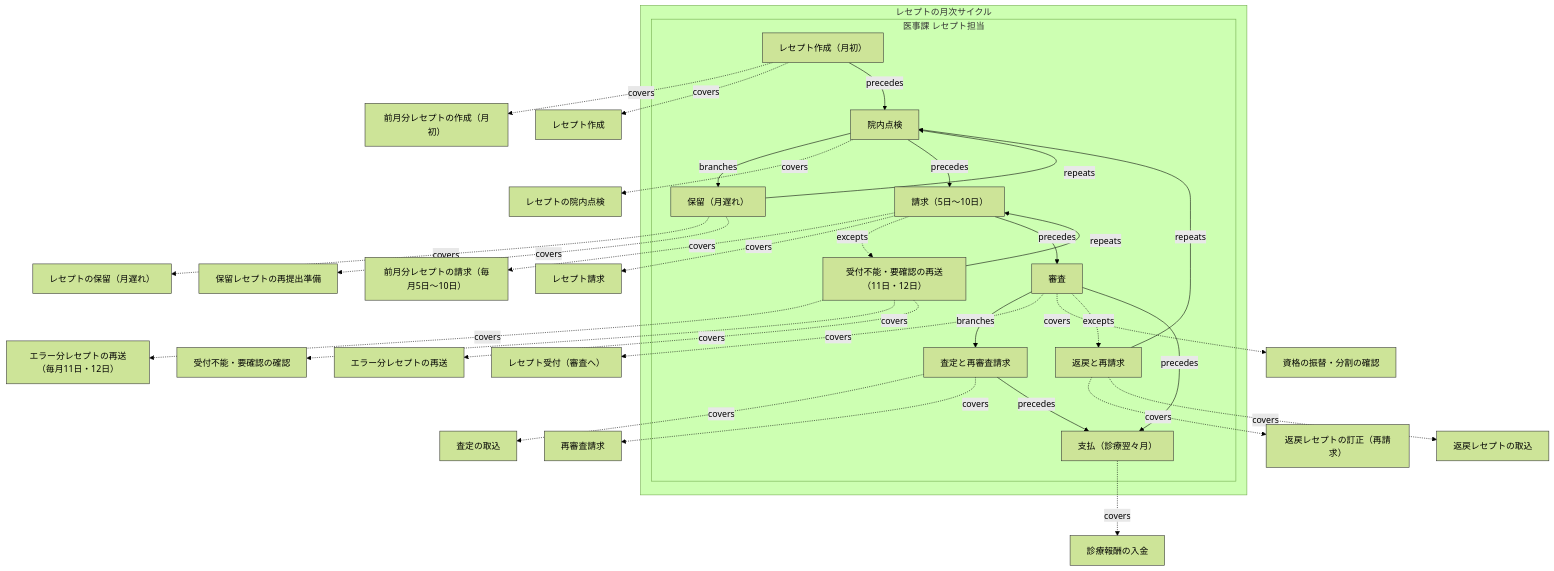
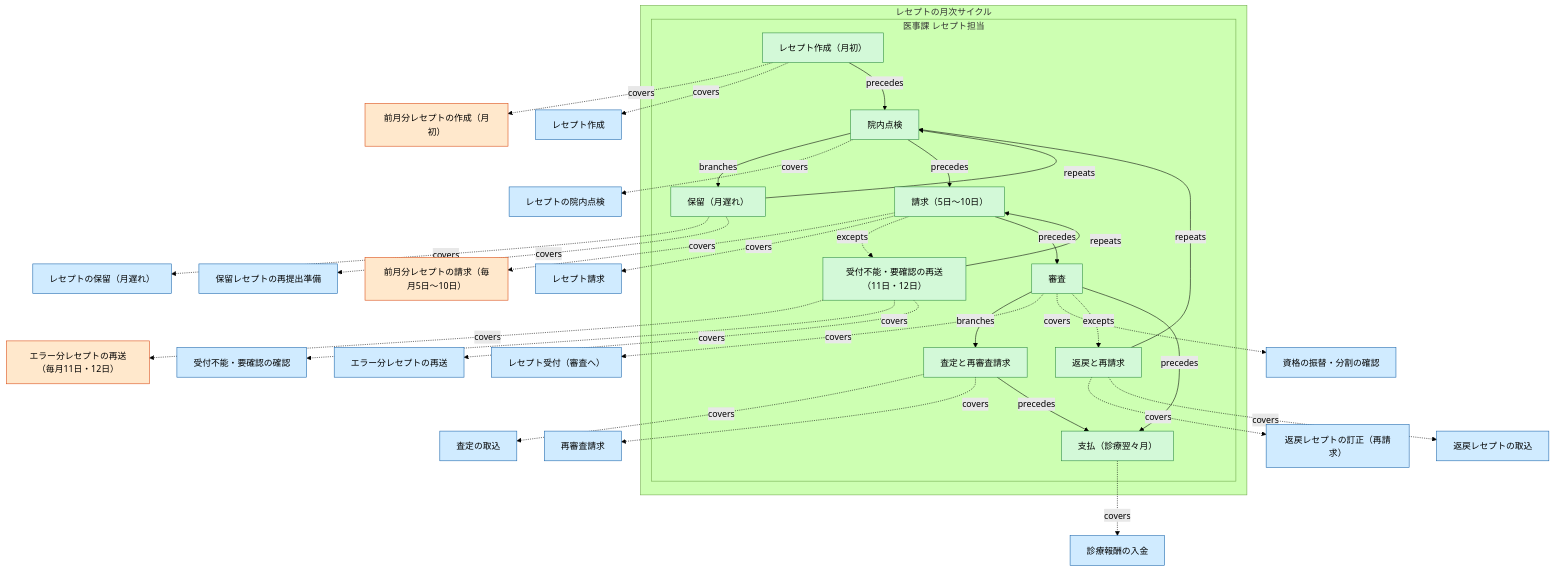
One commit to manji-0/rdra-ish-dsl changed diagram 18 of 27 in samples/clinic-ops/design-sample.md. Above: the diagram before and after it, drawn with Mermaid (forest theme). The commit also changed other lines of this file and 76 other files, not shown here.

First line of the commit message:
feat(cli): colour each RDRA element family in the flowchart diagrams

````diff
--- a/samples/clinic-ops/design-sample.md
+++ b/samples/clinic-ops/design-sample.md
@@ -1947,71 +1947,71 @@
 ```mermaid
 %% rdra-ish diagram=flow scope=buc:BucBillingClaims model=samples/clinic-ops
 %% kinds: flow step lane timer usecase
 %% omitted: buc
 flowchart TD
   subgraph flow__ClaimCycleFlow["レセプトの月次サイクル"]
     subgraph lane__ClaimCycleFlow__ClaimsClerk["医事課 レセプト担当"]
       %% lane lane__ClaimCycleFlow__ClaimsClerk: actor__ClaimsClerk
       step__AssessStep["査定と再審査請求"]:::step
       step__CreateStatementStep["レセプト作成（月初）"]:::step
       step__HoldStep["保留（月遅れ）"]:::step
       step__InspectStep["院内点検"]:::step
       step__PaidStep["支払（診療翌々月）"]:::step
       step__ReceiptErrorStep["受付不能・要確認の再送（11日・12日）"]:::step
       step__ReturnStep["返戻と再請求"]:::step
       step__ReviewStep["審査"]:::step
       step__SubmitStep["請求（5日～10日）"]:::step
     end
   end
   timer__ErrorResendWindow["エラー分レセプトの再送（毎月11日・12日）"]:::timer
   timer__MonthlyClaimCreation["前月分レセプトの作成（月初）"]:::timer
   timer__MonthlyClaimDeadline["前月分レセプトの請求（毎月5日～10日）"]:::timer
   usecase__CorrectReturnedStatement["返戻レセプトの訂正（再請求）"]:::usecase
   usecase__GenerateClaimStatement["レセプト作成"]:::usecase
   usecase__HoldClaimStatement["レセプトの保留（月遅れ）"]:::usecase
   usecase__InspectClaimStatement["レセプトの院内点検"]:::usecase
   usecase__PostPayment["診療報酬の入金"]:::usecase
   usecase__ReceiveClaimAccepted["レセプト受付（審査へ）"]:::usecase
   usecase__RecordClaimAssessment["査定の取込"]:::usecase
   usecase__RecordClaimReturn["返戻レセプトの取込"]:::usecase
   usecase__RecordReceiptError["受付不能・要確認の確認"]:::usecase
   usecase__ReleaseHeldStatement["保留レセプトの再提出準備"]:::usecase
   usecase__RequestReexamination["再審査請求"]:::usecase
   usecase__ResendErroredStatement["エラー分レセプトの再送"]:::usecase
   usecase__ReviewClaimTransfer["資格の振替・分割の確認"]:::usecase
   usecase__SubmitClaimStatements["レセプト請求"]:::usecase
   step__AssessStep -.->|covers| usecase__RecordClaimAssessment
   step__AssessStep -.->|covers| usecase__RequestReexamination
   step__AssessStep -->|precedes| step__PaidStep
   step__CreateStatementStep -.->|covers| timer__MonthlyClaimCreation
   step__CreateStatementStep -.->|covers| usecase__GenerateClaimStatement
   step__CreateStatementStep -->|precedes| step__InspectStep
   step__HoldStep -.->|covers| usecase__HoldClaimStatement
   step__HoldStep -.->|covers| usecase__ReleaseHeldStatement
   step__HoldStep -->|repeats| step__InspectStep
   step__InspectStep -->|branches| step__HoldStep
   step__InspectStep -.->|covers| usecase__InspectClaimStatement
   step__InspectStep -->|precedes| step__SubmitStep
   step__PaidStep -.->|covers| usecase__PostPayment
   step__ReceiptErrorStep -.->|covers| timer__ErrorResendWindow
   step__ReceiptErrorStep -.->|covers| usecase__RecordReceiptError
   step__ReceiptErrorStep -.->|covers| usecase__ResendErroredStatement
   step__ReceiptErrorStep -->|repeats| step__SubmitStep
   step__ReturnStep -.->|covers| usecase__CorrectReturnedStatement
   step__ReturnStep -.->|covers| usecase__RecordClaimReturn
   step__ReturnStep -->|repeats| step__InspectStep
   step__ReviewStep -->|branches| step__AssessStep
   step__ReviewStep -.->|covers| usecase__ReceiveClaimAccepted
   step__ReviewStep -.->|covers| usecase__ReviewClaimTransfer
   step__ReviewStep -.->|excepts| step__ReturnStep
   step__ReviewStep -->|precedes| step__PaidStep
   step__SubmitStep -.->|covers| timer__MonthlyClaimDeadline
   step__SubmitStep -.->|covers| usecase__SubmitClaimStatements
   step__SubmitStep -.->|excepts| step__ReceiptErrorStep
   step__SubmitStep -->|precedes| step__ReviewStep
-  classDef flow stroke:#333;
-  classDef step stroke:#333;
-  classDef lane stroke:#333;
-  classDef timer stroke:#333;
-  classDef usecase stroke:#333;
+  classDef flow fill:#d3f9d8,stroke:#2b8a3e,color:#000;
+  classDef step fill:#d3f9d8,stroke:#2b8a3e,color:#000;
+  classDef lane fill:#d3f9d8,stroke:#2b8a3e,color:#000;
+  classDef timer fill:#ffe8cc,stroke:#d9480f,color:#000;
+  classDef usecase fill:#d0ebff,stroke:#1864ab,color:#000;
 ```
````
